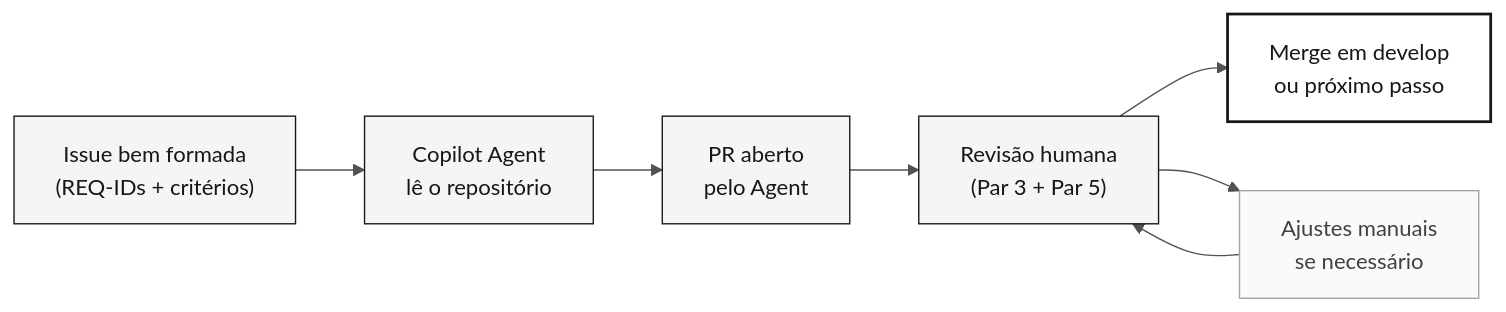
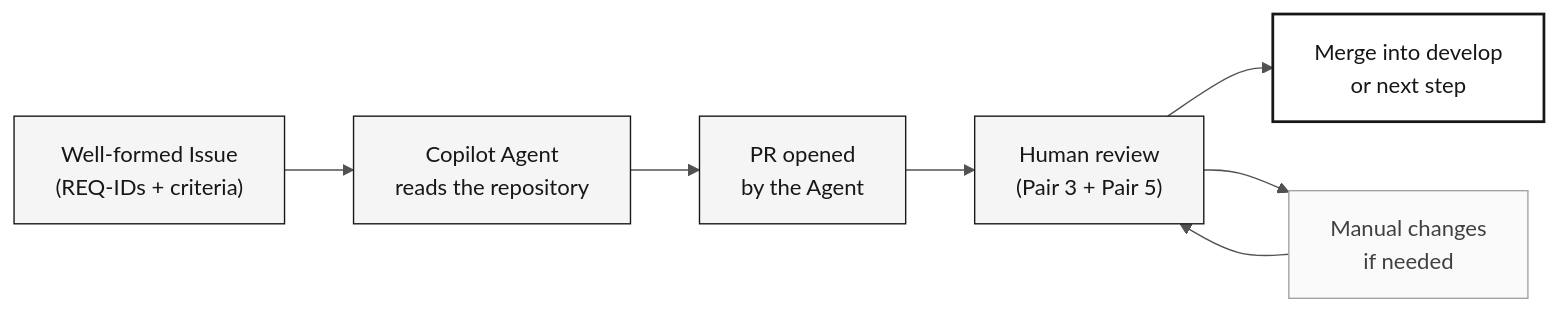
Before and after one commit to paulasilvatech/datacorp-mm-team-kit: the diagram in 04-evolucao/GUIDE.md, drawn with Mermaid. The commit also changed other lines of this file and 44 other files, not shown here.

````diff
--- a/04-evolucao/GUIDE.md
+++ b/04-evolucao/GUIDE.md
@@ -40,14 +40,14 @@
 ```mermaid
 %%{init: {'theme':'neutral','themeVariables':{'fontFamily':'ui-sans-serif, system-ui, sans-serif','primaryColor':'#F5F5F5','primaryTextColor':'#171717','primaryBorderColor':'#171717','lineColor':'#525252','secondaryColor':'#FFFFFF','tertiaryColor':'#FAFAFA','background':'#FFFFFF'}}}%%
 flowchart LR
     classDef step fill:#F5F5F5,stroke:#171717,color:#171717
     classDef result fill:#FFFFFF,stroke:#171717,color:#171717,stroke-width:2px
     classDef muted fill:#FAFAFA,stroke:#A3A3A3,color:#404040
 
-    A["Issue bem formada<br/>(REQ-IDs + critérios)"]:::step --> B["Copilot Agent<br/>lê o repositório"]:::step
-    B --> C["PR aberto<br/>pelo Agent"]:::step
-    C --> D["Revisão humana<br/>(Par 3 + Par 5)"]:::step
-    D --> E["Merge em develop<br/>ou próximo passo"]:::result
-    D --> F["Ajustes manuais<br/>se necessário"]:::muted
+    A["Well-formed Issue<br/>(REQ-IDs + criteria)"]:::step --> B["Copilot Agent<br/>reads the repository"]:::step
+    B --> C["PR opened<br/>by the Agent"]:::step
+    C --> D["Human review<br/>(Pair 3 + Pair 5)"]:::step
+    D --> E["Merge into develop<br/>or next step"]:::result
+    D --> F["Manual changes<br/>if needed"]:::muted
     F --> D
 ```
````
